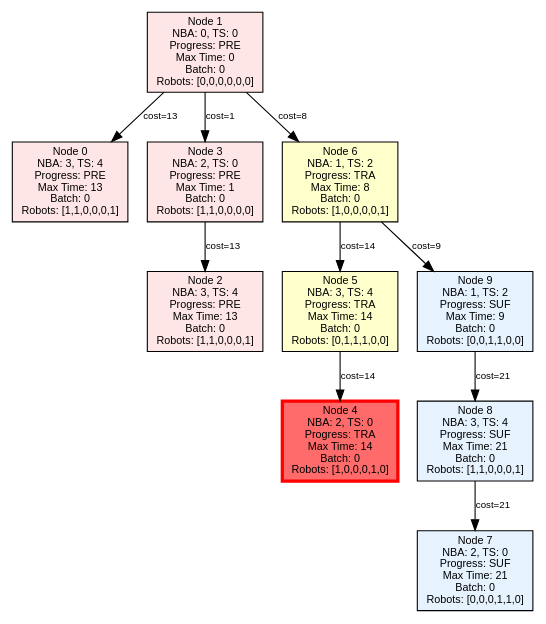
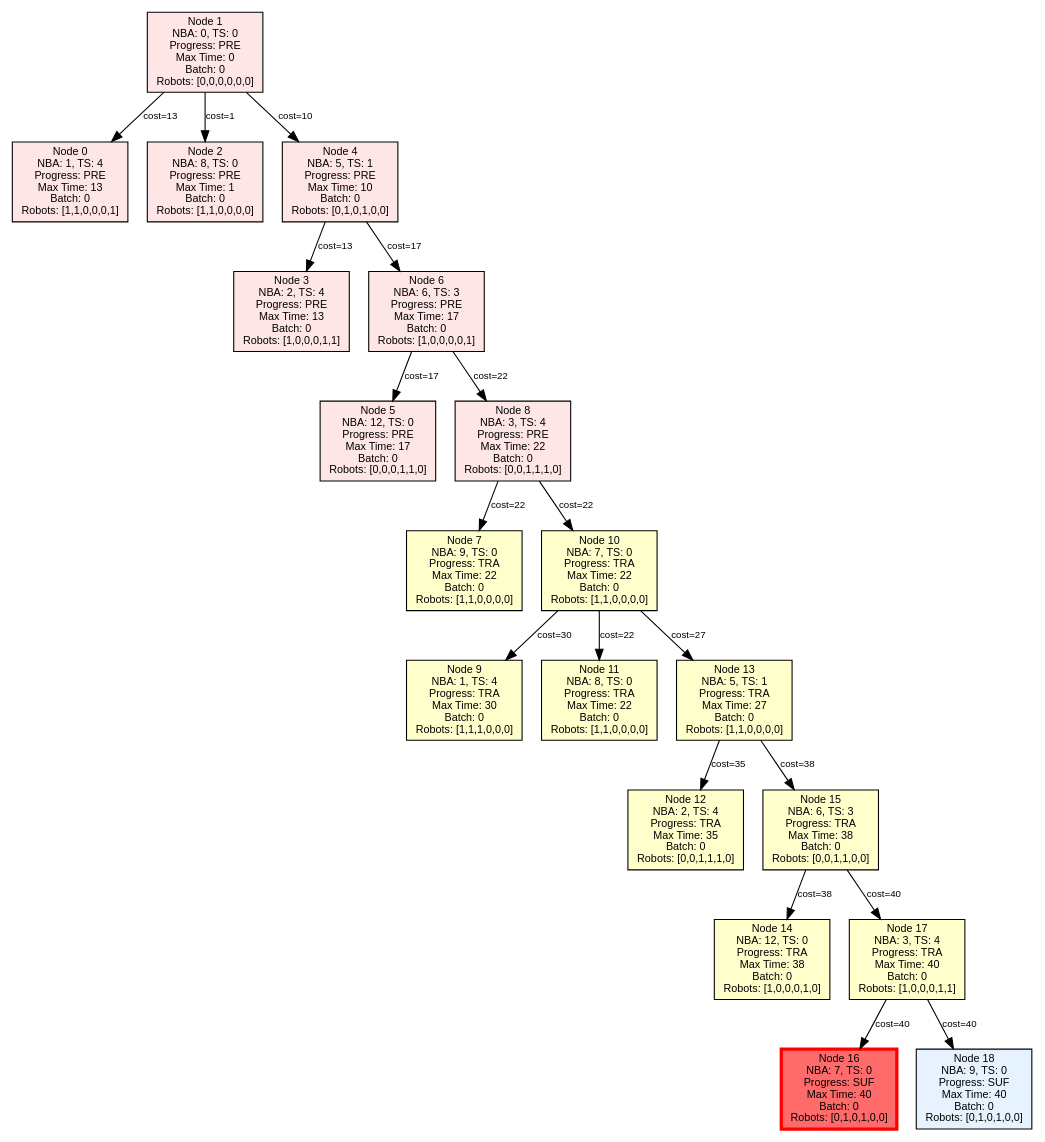
The diagram in Task Batch Planning Decision Tree/output/infinite_test_2_tree.dot (jrourke48/HMRTA_TS_GENERATION), drawn with Graphviz before and after one commit. The commit also changed 39 other files, not shown here.

```diff
--- a/Task Batch Planning Decision Tree/output/infinite_test_2_tree.dot
+++ b/Task Batch Planning Decision Tree/output/infinite_test_2_tree.dot
@@ -1,26 +1,44 @@
 digraph PlanningTree {
   rankdir=TB;
   node [shape=box, style=filled, fontname=Arial, fontsize=10];
   edge [fontname=Arial, fontsize=9];
 
-  node_0 [label="Node 0\nNBA: 3, TS: 4\nProgress: PRE\nMax Time: 13\nBatch: 0\nRobots: [1,1,0,0,0,1]", fillcolor="#FFE6E6"];
+  node_0 [label="Node 0\nNBA: 1, TS: 4\nProgress: PRE\nMax Time: 13\nBatch: 0\nRobots: [1,1,0,0,0,1]", fillcolor="#FFE6E6"];
   node_1 [label="Node 1\nNBA: 0, TS: 0\nProgress: PRE\nMax Time: 0\nBatch: 0\nRobots: [0,0,0,0,0,0]", fillcolor="#FFE6E6"];
-  node_2 [label="Node 2\nNBA: 3, TS: 4\nProgress: PRE\nMax Time: 13\nBatch: 0\nRobots: [1,1,0,0,0,1]", fillcolor="#FFE6E6"];
-  node_3 [label="Node 3\nNBA: 2, TS: 0\nProgress: PRE\nMax Time: 1\nBatch: 0\nRobots: [1,1,0,0,0,0]", fillcolor="#FFE6E6"];
-  node_4 [label="Node 4\nNBA: 2, TS: 0\nProgress: TRA\nMax Time: 14\nBatch: 0\nRobots: [1,0,0,0,1,0]", fillcolor="#FF6B6B", penwidth=3, color=red];
-  node_5 [label="Node 5\nNBA: 3, TS: 4\nProgress: TRA\nMax Time: 14\nBatch: 0\nRobots: [0,1,1,1,0,0]", fillcolor="#FFFFCC"];
-  node_6 [label="Node 6\nNBA: 1, TS: 2\nProgress: TRA\nMax Time: 8\nBatch: 0\nRobots: [1,0,0,0,0,1]", fillcolor="#FFFFCC"];
-  node_7 [label="Node 7\nNBA: 2, TS: 0\nProgress: SUF\nMax Time: 21\nBatch: 0\nRobots: [0,0,0,1,1,0]", fillcolor="#E6F3FF"];
-  node_8 [label="Node 8\nNBA: 3, TS: 4\nProgress: SUF\nMax Time: 21\nBatch: 0\nRobots: [1,1,0,0,0,1]", fillcolor="#E6F3FF"];
-  node_9 [label="Node 9\nNBA: 1, TS: 2\nProgress: SUF\nMax Time: 9\nBatch: 0\nRobots: [0,0,1,1,0,0]", fillcolor="#E6F3FF"];
+  node_2 [label="Node 2\nNBA: 8, TS: 0\nProgress: PRE\nMax Time: 1\nBatch: 0\nRobots: [1,1,0,0,0,0]", fillcolor="#FFE6E6"];
+  node_3 [label="Node 3\nNBA: 2, TS: 4\nProgress: PRE\nMax Time: 13\nBatch: 0\nRobots: [1,0,0,0,1,1]", fillcolor="#FFE6E6"];
+  node_4 [label="Node 4\nNBA: 5, TS: 1\nProgress: PRE\nMax Time: 10\nBatch: 0\nRobots: [0,1,0,1,0,0]", fillcolor="#FFE6E6"];
+  node_5 [label="Node 5\nNBA: 12, TS: 0\nProgress: PRE\nMax Time: 17\nBatch: 0\nRobots: [0,0,0,1,1,0]", fillcolor="#FFE6E6"];
+  node_6 [label="Node 6\nNBA: 6, TS: 3\nProgress: PRE\nMax Time: 17\nBatch: 0\nRobots: [1,0,0,0,0,1]", fillcolor="#FFE6E6"];
+  node_7 [label="Node 7\nNBA: 9, TS: 0\nProgress: TRA\nMax Time: 22\nBatch: 0\nRobots: [1,1,0,0,0,0]", fillcolor="#FFFFCC"];
+  node_8 [label="Node 8\nNBA: 3, TS: 4\nProgress: PRE\nMax Time: 22\nBatch: 0\nRobots: [0,0,1,1,1,0]", fillcolor="#FFE6E6"];
+  node_9 [label="Node 9\nNBA: 1, TS: 4\nProgress: TRA\nMax Time: 30\nBatch: 0\nRobots: [1,1,1,0,0,0]", fillcolor="#FFFFCC"];
+  node_10 [label="Node 10\nNBA: 7, TS: 0\nProgress: TRA\nMax Time: 22\nBatch: 0\nRobots: [1,1,0,0,0,0]", fillcolor="#FFFFCC"];
+  node_11 [label="Node 11\nNBA: 8, TS: 0\nProgress: TRA\nMax Time: 22\nBatch: 0\nRobots: [1,1,0,0,0,0]", fillcolor="#FFFFCC"];
+  node_12 [label="Node 12\nNBA: 2, TS: 4\nProgress: TRA\nMax Time: 35\nBatch: 0\nRobots: [0,0,1,1,1,0]", fillcolor="#FFFFCC"];
+  node_13 [label="Node 13\nNBA: 5, TS: 1\nProgress: TRA\nMax Time: 27\nBatch: 0\nRobots: [1,1,0,0,0,0]", fillcolor="#FFFFCC"];
+  node_14 [label="Node 14\nNBA: 12, TS: 0\nProgress: TRA\nMax Time: 38\nBatch: 0\nRobots: [1,0,0,0,1,0]", fillcolor="#FFFFCC"];
+  node_15 [label="Node 15\nNBA: 6, TS: 3\nProgress: TRA\nMax Time: 38\nBatch: 0\nRobots: [0,0,1,1,0,0]", fillcolor="#FFFFCC"];
+  node_16 [label="Node 16\nNBA: 7, TS: 0\nProgress: SUF\nMax Time: 40\nBatch: 0\nRobots: [0,1,0,1,0,0]", fillcolor="#FF6B6B", penwidth=3, color=red];
+  node_17 [label="Node 17\nNBA: 3, TS: 4\nProgress: TRA\nMax Time: 40\nBatch: 0\nRobots: [1,0,0,0,1,1]", fillcolor="#FFFFCC"];
+  node_18 [label="Node 18\nNBA: 9, TS: 0\nProgress: SUF\nMax Time: 40\nBatch: 0\nRobots: [0,1,0,1,0,0]", fillcolor="#E6F3FF"];
 
   node_1 -> node_0 [label="cost=13"];
-  node_1 -> node_3 [label="cost=1"];
-  node_1 -> node_6 [label="cost=8"];
-  node_3 -> node_2 [label="cost=13"];
-  node_5 -> node_4 [label="cost=14"];
-  node_6 -> node_5 [label="cost=14"];
-  node_6 -> node_9 [label="cost=9"];
-  node_8 -> node_7 [label="cost=21"];
-  node_9 -> node_8 [label="cost=21"];
+  node_1 -> node_2 [label="cost=1"];
+  node_1 -> node_4 [label="cost=10"];
+  node_4 -> node_3 [label="cost=13"];
+  node_4 -> node_6 [label="cost=17"];
+  node_6 -> node_5 [label="cost=17"];
+  node_6 -> node_8 [label="cost=22"];
+  node_8 -> node_7 [label="cost=22"];
+  node_8 -> node_10 [label="cost=22"];
+  node_10 -> node_9 [label="cost=30"];
+  node_10 -> node_11 [label="cost=22"];
+  node_10 -> node_13 [label="cost=27"];
+  node_13 -> node_12 [label="cost=35"];
+  node_13 -> node_15 [label="cost=38"];
+  node_15 -> node_14 [label="cost=38"];
+  node_15 -> node_17 [label="cost=40"];
+  node_17 -> node_16 [label="cost=40"];
+  node_17 -> node_18 [label="cost=40"];
 }
```
